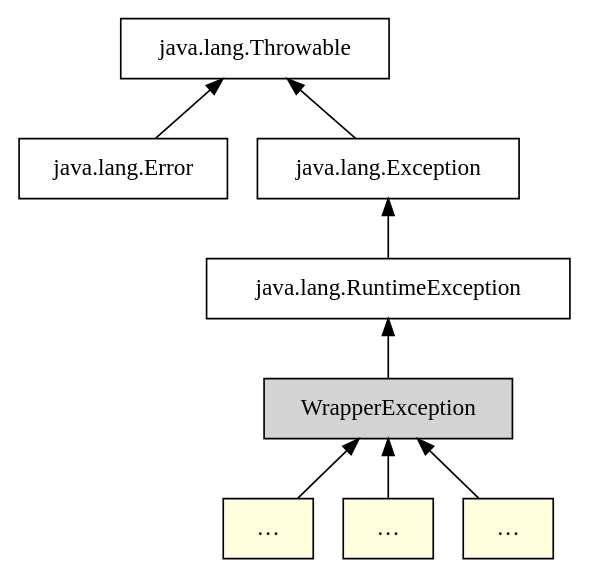
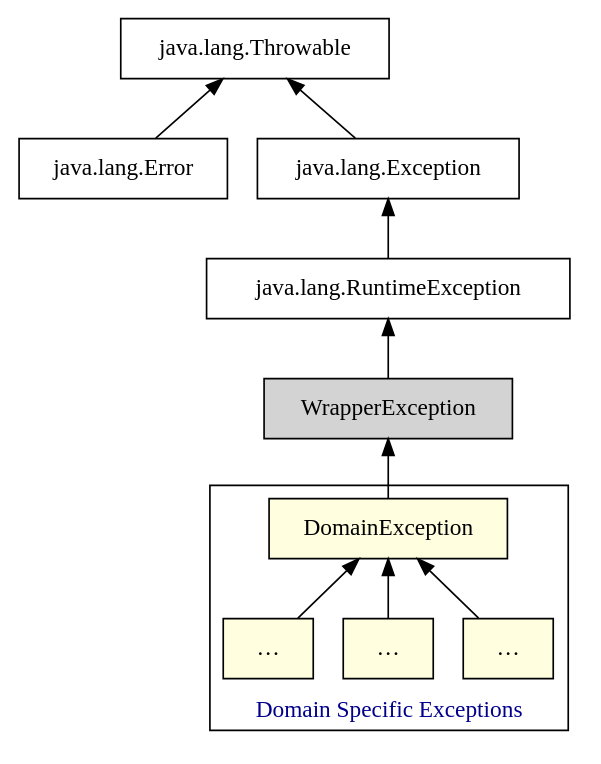
Before and after one commit to tquadrat/documents: the diagram in JavaCodingConventions/src/code/WrapperException.gv, drawn with Graphviz. The commit also changed 3 other files, not shown here.

Commit message:
Fixed the graph for the WrapperException

```diff
--- a/JavaCodingConventions/src/code/WrapperException.gv
+++ b/JavaCodingConventions/src/code/WrapperException.gv
@@ -1,17 +1,28 @@
 digraph {
   size="10,11"
   rankdir="BT"
   node [shape=box,style=filled,fillcolor="white"]
   
+  subgraph {
+    cluster=true
+    bgcolor="white"
+    labelloc=t # must be "t" for "top" because of the rankdir setting "BT"
+    labeljust=r
+    label="Domain Specific Exceptions"
+    fontcolor="darkblue"
+    
+  domainrootexception [label="DomainException",fillcolor="lightyellow"]
+  domainexception1    [label="…",fillcolor="lightyellow"]
+  domainexception2    [label="…",fillcolor="lightyellow"]
+  domainexception3    [label="…",fillcolor="lightyellow"]
+  }
+
   throwable        [label="java.lang.Throwable"]
   error            [label="java.lang.Error"]
   exception        [label="java.lang.Exception"]
   runtimeexception [label="java.lang.RuntimeException"]
   wrapperexception [label="WrapperException",fillcolor="lightgrey"]
-  domainexception1 [label="…",fillcolor="lightyellow"]
-  domainexception2 [label="…",fillcolor="lightyellow"]
-  domainexception3 [label="…",fillcolor="lightyellow"]
   
   {error,exception} -> throwable
-  {domainexception1,domainexception2,domainexception3} -> wrapperexception -> runtimeexception -> exception
+  {domainexception1,domainexception2,domainexception3} -> domainrootexception -> wrapperexception -> runtimeexception -> exception
 }
```
